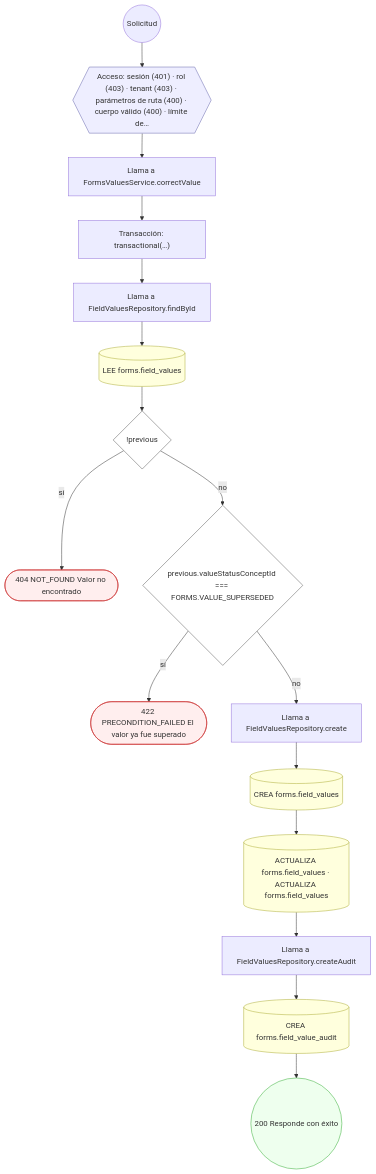
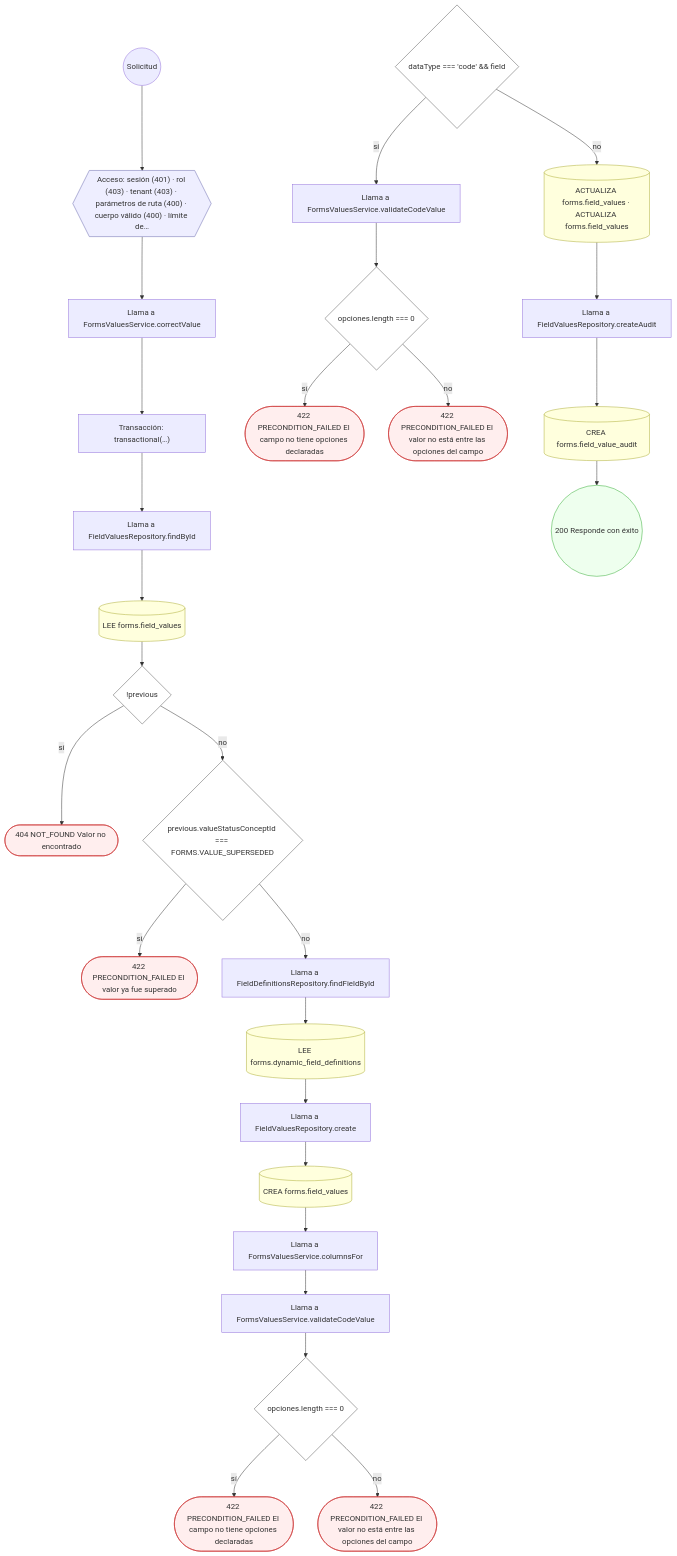
Diagram 23 of 24 in docs/inventario/flujos/forms.md (mdavila-2001/mantra-core-health-api), drawn with Mermaid before and after one commit. The commit also changed other lines of this file and 438 other files, not shown here.

````diff
--- a/docs/inventario/flujos/forms.md
+++ b/docs/inventario/flujos/forms.md
@@ -1441,40 +1654,63 @@
 ```mermaid
 flowchart TD
   n1(("Solicitud")):::inicio
   n2{{"Acceso: sesión (401) · rol (403) · tenant (403) · parámetros de ruta (400) · cuerpo válido (400) · límite de…"}}:::acceso
   n1 --> n2
   n3["Llama a FormsValuesService.correctValue"]:::llamada
   n2 --> n3
   n4["Transacción: transactional(…)"]:::transaccion
   n3 --> n4
   n5["Llama a FieldValuesRepository.findById"]:::llamada
   n4 --> n5
   n6[("LEE forms.field_values")]:::efecto
   n5 --> n6
   n7{"!previous"}:::decision
   n6 --> n7
   n8(["404 NOT_FOUND Valor no encontrado"]):::error
   n7 -->|"sí"| n8
   n9{"previous.valueStatusConceptId === FORMS.VALUE_SUPERSEDED"}:::decision
   n7 -->|"no"| n9
   n10(["422 PRECONDITION_FAILED El valor ya fue superado"]):::error
   n9 -->|"sí"| n10
-  n11["Llama a FieldValuesRepository.create"]:::llamada
+  n11["Llama a FieldDefinitionsRepository.findFieldById"]:::llamada
   n9 -->|"no"| n11
-  n12[("CREA forms.field_values")]:::efecto
+  n12[("LEE forms.dynamic_field_definitions")]:::efecto
   n11 --> n12
-  n13[("ACTUALIZA forms.field_values · ACTUALIZA forms.field_values")]:::efecto
+  n13["Llama a FieldValuesRepository.create"]:::llamada
   n12 --> n13
-  n14["Llama a FieldValuesRepository.createAudit"]:::llamada
+  n14[("CREA forms.field_values")]:::efecto
   n13 --> n14
-  n15[("CREA forms.field_value_audit")]:::efecto
+  n15["Llama a FormsValuesService.columnsFor"]:::llamada
   n14 --> n15
-  n16(("200 Responde con éxito")):::ok
+  n16["Llama a FormsValuesService.validateCodeValue"]:::llamada
   n15 --> n16
+  n17{"opciones.length === 0"}:::decision
+  n16 --> n17
+  n18(["422 PRECONDITION_FAILED El campo no tiene opciones declaradas"]):::error
+  n17 -->|"sí"| n18
+  n19(["422 PRECONDITION_FAILED El valor no está entre las opciones del campo"]):::error
+  n17 -->|"no"| n19
+  n20{"dataType === 'code' && field"}:::decision
+  n21["Llama a FormsValuesService.validateCodeValue"]:::llamada
+  n20 -->|"sí"| n21
+  n22{"opciones.length === 0"}:::decision
+  n21 --> n22
+  n23(["422 PRECONDITION_FAILED El campo no tiene opciones declaradas"]):::error
+  n22 -->|"sí"| n23
+  n24(["422 PRECONDITION_FAILED El valor no está entre las opciones del campo"]):::error
+  n22 -->|"no"| n24
+  n25[("ACTUALIZA forms.field_values · ACTUALIZA forms.field_values")]:::efecto
+  n20 -->|"no"| n25
+  n26["Llama a FieldValuesRepository.createAudit"]:::llamada
+  n25 --> n26
+  n27[("CREA forms.field_value_audit")]:::efecto
+  n26 --> n27
+  n28(("200 Responde con éxito")):::ok
+  n27 --> n28
   classDef acceso fill:#eef,stroke:#66a
   classDef error fill:#fee,stroke:#c33
   classDef ok fill:#efe,stroke:#3a3
   classDef efecto fill:#ffd,stroke:#aa3
   classDef decision fill:#fff,stroke:#555
   classDef corte fill:#eee,stroke:#999,stroke-dasharray: 4
 ```
````
